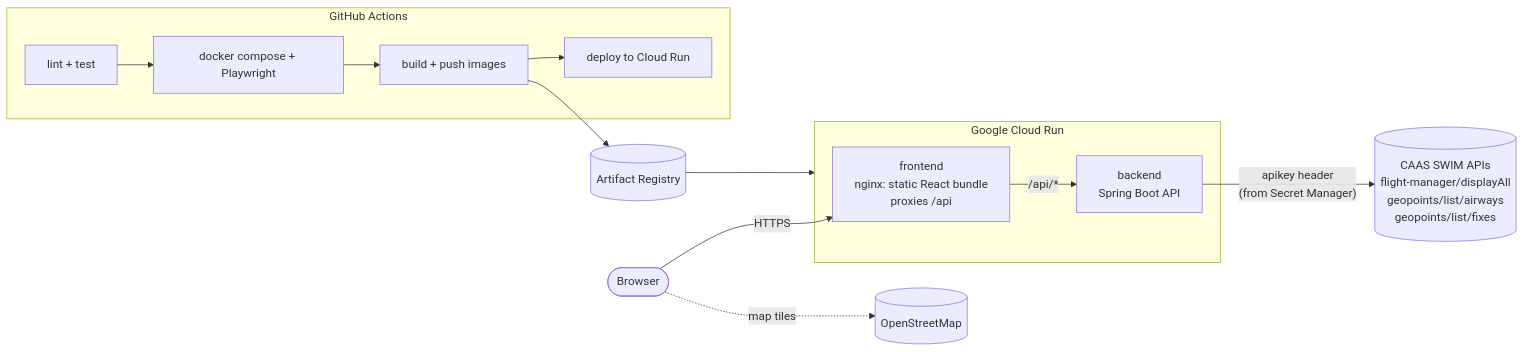
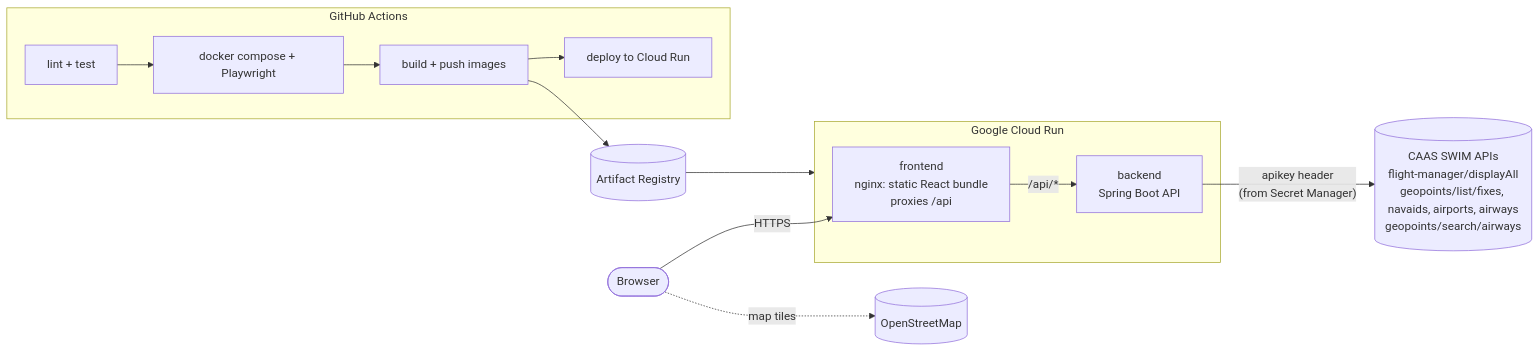
Before and after one commit to SajeevU/flight-plan: the diagram in README.md, drawn with Mermaid. The commit also changed other lines of this file and 30 other files, not shown here.

````diff
--- a/README.md
+++ b/README.md
@@ -14,17 +14,17 @@
 ```mermaid
 flowchart LR
   user([Browser]) -->|HTTPS| fe
 
   subgraph run[Google Cloud Run]
     fe["frontend<br/>nginx: static React bundle<br/>proxies /api"] -->|/api/*| be["backend<br/>Spring Boot API"]
   end
 
-  be -->|"apikey header<br/>(from Secret Manager)"| caas[(CAAS SWIM APIs<br/>flight-manager/displayAll<br/>geopoints/list/airways<br/>geopoints/list/fixes)]
+  be -->|"apikey header<br/>(from Secret Manager)"| caas[(CAAS SWIM APIs<br/>flight-manager/displayAll<br/>geopoints/list/fixes, navaids, airports, airways<br/>geopoints/search/airways)]
   user -.->|map tiles| osm[(OpenStreetMap)]
 
   subgraph ci[GitHub Actions]
     t[lint + test] --> e2e[docker compose + Playwright] --> push[build + push images] --> deploy[deploy to Cloud Run]
   end
   push --> ar[(Artifact Registry)]
   ar --> run
 ```
````
